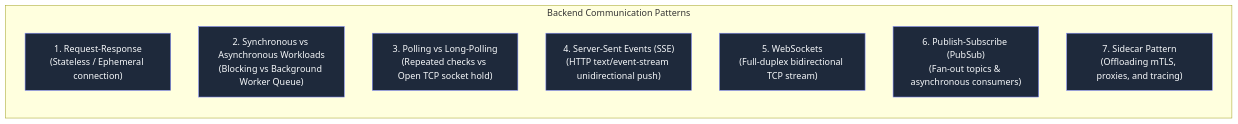
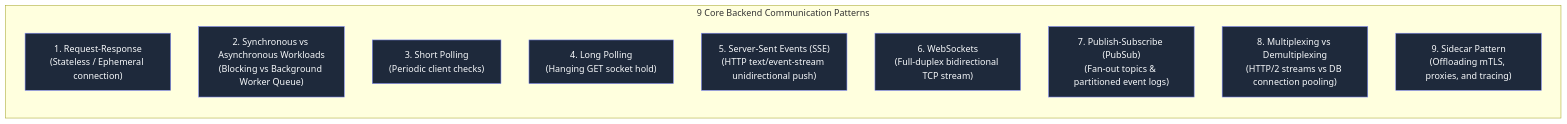
Before and after one commit to AkmKawser/System-Design: diagram 25 of 50 in topics/0.FUNDAMENTALS/API Architecture and Design/output/Note_version-1_API_Architecture_and_Design/API_Architecture_and_Design.md, drawn with Mermaid. The commit also changed other lines of this file and 1 other file, not shown here.

Commit message:
docs(api): expand all 9 backend communication patterns with diagrams, low-level mechanics, and decision matrix

````diff
--- a/topics/0.FUNDAMENTALS/API Architecture and Design/output/Note_version-1_API_Architecture_and_Design/API_Architecture_and_Design.md
+++ b/topics/0.FUNDAMENTALS/API Architecture and Design/output/Note_version-1_API_Architecture_and_Design/API_Architecture_and_Design.md
@@ -1031,16 +1045,18 @@
 ```mermaid
 flowchart TD
-    subgraph Patterns["Backend Communication Patterns"]
+    subgraph Patterns["9 Core Backend Communication Patterns"]
         direction TB
         P_RR["1. Request-Response\n(Stateless / Ephemeral connection)"]
         P_SYNC["2. Synchronous vs Asynchronous Workloads\n(Blocking vs Background Worker Queue)"]
-        P_POLL["3. Polling vs Long-Polling\n(Repeated checks vs Open TCP socket hold)"]
-        P_SSE["4. Server-Sent Events (SSE)\n(HTTP text/event-stream unidirectional push)"]
-        P_WS["5. WebSockets\n(Full-duplex bidirectional TCP stream)"]
-        P_PUBSUB["6. Publish-Subscribe (PubSub)\n(Fan-out topics & asynchronous consumers)"]
-        P_SIDE["7. Sidecar Pattern\n(Offloading mTLS, proxies, and tracing)"]
+        P_SPOLL["3. Short Polling\n(Periodic client checks)"]
+        P_LPOLL["4. Long Polling\n(Hanging GET socket hold)"]
+        P_SSE["5. Server-Sent Events (SSE)\n(HTTP text/event-stream unidirectional push)"]
+        P_WS["6. WebSockets\n(Full-duplex bidirectional TCP stream)"]
+        P_PUBSUB["7. Publish-Subscribe (PubSub)\n(Fan-out topics & partitioned event logs)"]
+        P_MUX["8. Multiplexing vs Demultiplexing\n(HTTP/2 streams vs DB connection pooling)"]
+        P_SIDE["9. Sidecar Pattern\n(Offloading mTLS, proxies, and tracing)"]
     end
 
     classDef pStyle fill:#1e293b,stroke:#818cf8,stroke-width:1px,color:#f8fafc;
-    class P_RR,P_SYNC,P_POLL,P_SSE,P_WS,P_PUBSUB,P_SIDE pStyle;
+    class P_RR,P_SYNC,P_SPOLL,P_LPOLL,P_SSE,P_WS,P_PUBSUB,P_MUX,P_SIDE pStyle;
 ```
````
